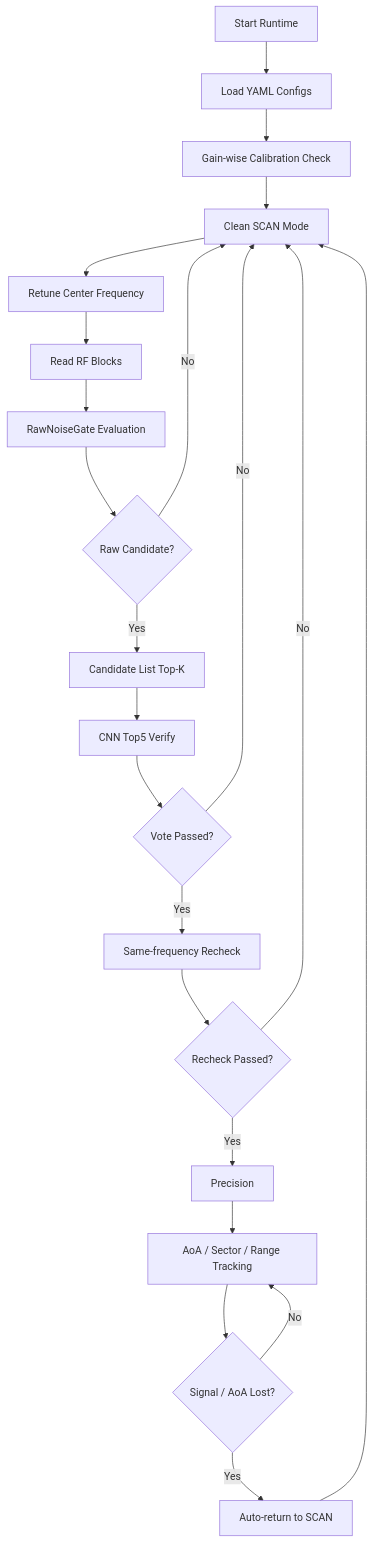
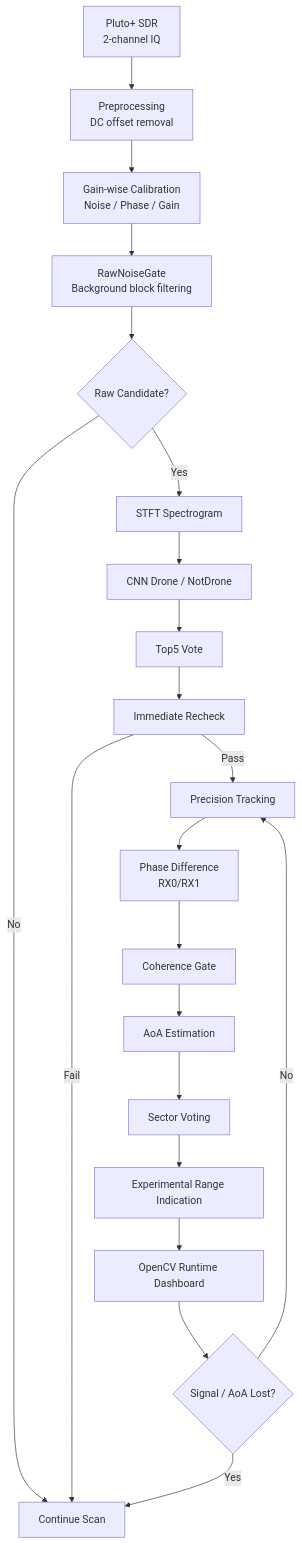
One commit to rjsxo943-gif/rf-drone-detection-capstone changed the diagram in README.md. Above: the diagram before and after it, drawn with Mermaid. The commit also changed other lines of this file, not shown here.

````diff
--- a/README.md
+++ b/README.md
@@ -128,29 +64,27 @@
 ```mermaid
 flowchart TD
-    A[Start Runtime] --> B[Load YAML Configs]
-    B --> C[Gain-wise Calibration Check]
-    C --> D[Clean SCAN Mode]
+    A[Pluto+ SDR<br/>2-channel IQ] --> B[Preprocessing<br/>DC offset removal]
+    B --> C[Gain-wise Calibration<br/>Noise / Phase / Gain]
+    C --> D[RawNoiseGate<br/>Background block filtering]
+    D --> E{Raw Candidate?}
 
-    D --> D1[Retune Center Frequency]
-    D1 --> D2[Read RF Blocks]
-    D2 --> D3[RawNoiseGate Evaluation]
-    D3 --> D4{Raw Candidate?}
+    E -- No --> S[Continue Scan]
+    E -- Yes --> F[STFT Spectrogram]
+    F --> G[CNN Drone / NotDrone]
+    G --> H[Top5 Vote]
+    H --> I[Immediate Recheck]
 
-    D4 -- No --> D
-    D4 -- Yes --> E[Candidate List Top-K]
+    I -- Fail --> S
+    I -- Pass --> J[Precision Tracking]
 
-    E --> F[CNN Top5 Verify]
-    F --> F1{Vote Passed?}
-    F1 -- No --> D
-    F1 -- Yes --> G[Same-frequency Recheck]
+    J --> K[Phase Difference<br/>RX0/RX1]
+    K --> L[Coherence Gate]
+    L --> M[AoA Estimation]
+    M --> N[Sector Voting]
+    N --> O[Experimental Range Indication]
+    O --> P[OpenCV Runtime Dashboard]
 
-    G --> G1{Recheck Passed?}
-    G1 -- No --> D
-    G1 -- Yes --> H[Precision]
-
-    H --> I[AoA / Sector / Range Tracking]
-    I --> J{Signal / AoA Lost?}
-    J -- No --> I
-    J -- Yes --> K[Auto-return to SCAN]
-    K --> D
+    P --> Q{Signal / AoA Lost?}
+    Q -- No --> J
+    Q -- Yes --> S
 ```
````
